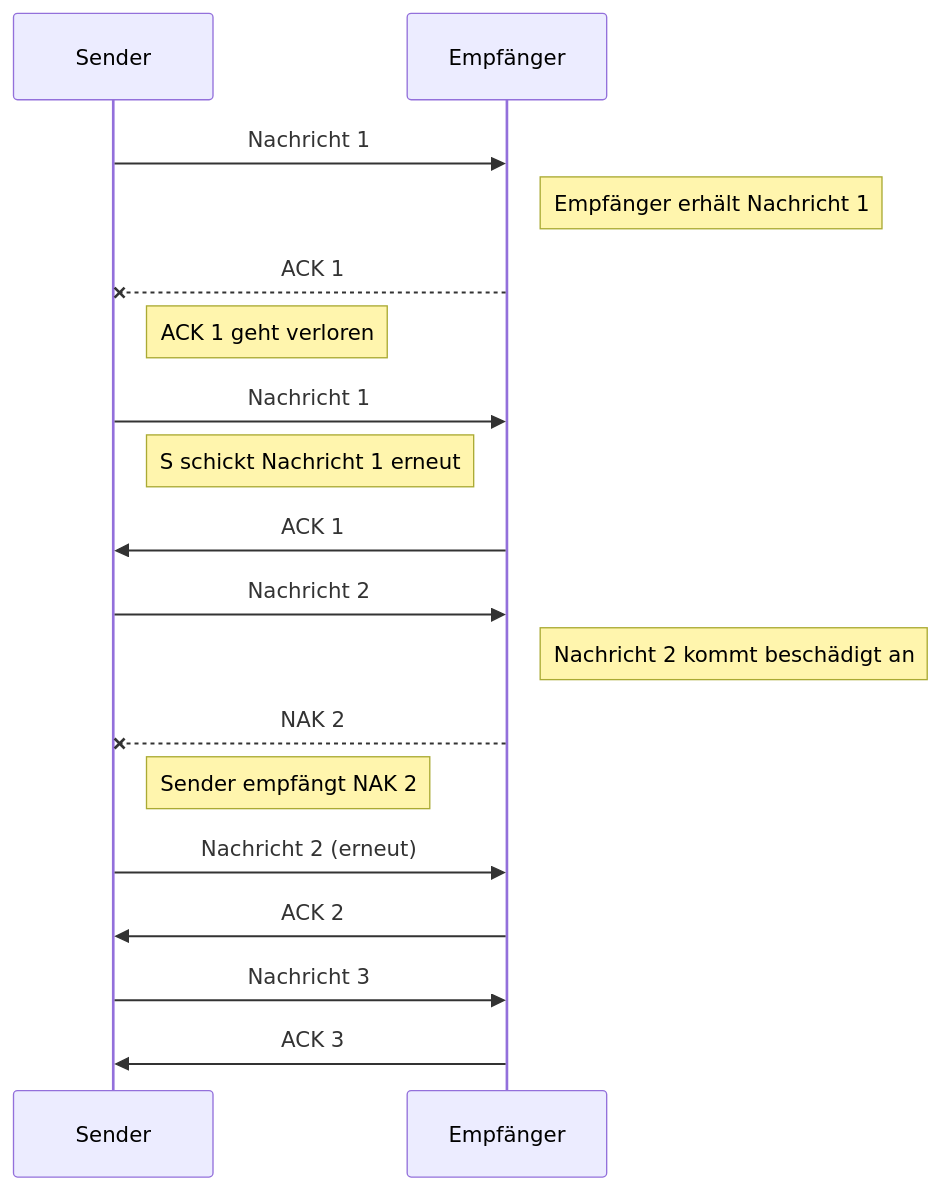
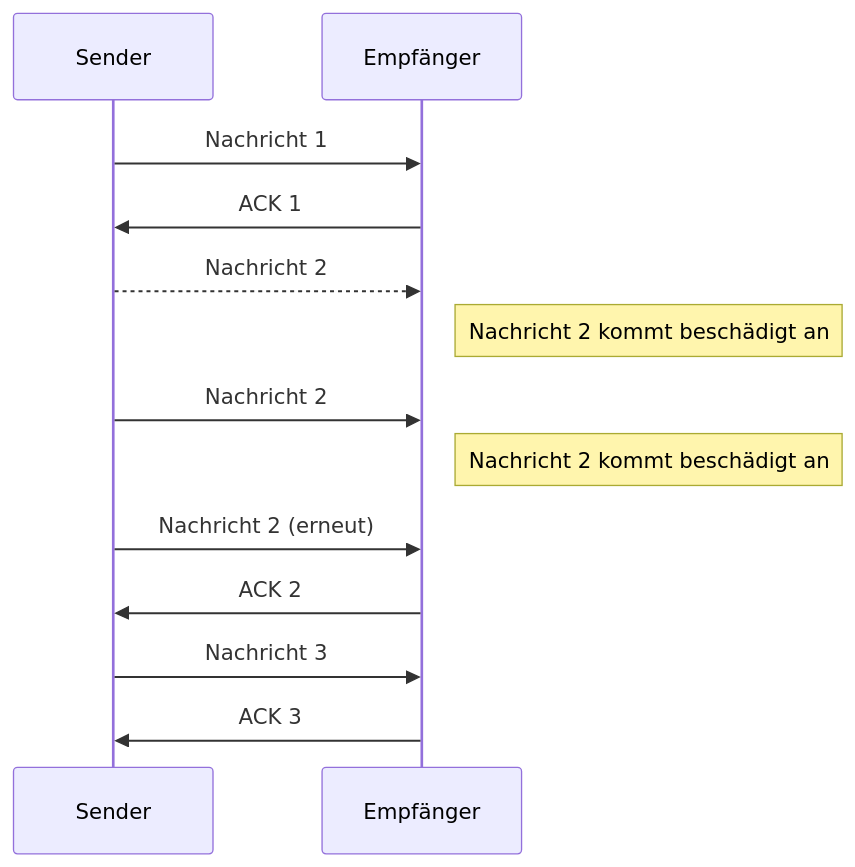
Before and after one commit to noluyorAbi/quartzDeployment: the ninth of 9 diagrams in content/4.Semester/Informatik/RNVS/RNVS-Übungblätter/ÜB 04/RNVS-Blatt-04.md, drawn with Mermaid. The commit also changed other lines of this file, not shown here.

Commit message:
Quartz sync: Jul 24, 2024, 7:10 PM

````diff
--- a/content/4.Semester/Informatik/RNVS/RNVS-Übungblätter/ÜB 04/RNVS-Blatt-04.md
+++ b/content/4.Semester/Informatik/RNVS/RNVS-Übungblätter/ÜB 04/RNVS-Blatt-04.md
@@ -213,23 +227,19 @@
 ```mermaid
-sequenceDiagram
+	sequenceDiagram
     participant S as Sender
     participant E as Empfänger
 
     S ->> E: Nachricht 1
-    note right of E: Empfänger erhält Nachricht 1
-    E --x S: ACK 1
-    note right of S: ACK 1 geht verloren
-    S ->> E: Nachricht 1
-    note right of S: S schickt Nachricht 1 erneut
     E ->> S: ACK 1
 
-    S ->> E: Nachricht 2
+	S -->> E: Nachricht 2
     note right of E: Nachricht 2 kommt beschädigt an
-    E --x S: NAK 2
-    note right of S: Sender empfängt NAK 2
+
+	S ->> E: Nachricht 2
+    note right of E: Nachricht 2 kommt beschädigt an
 
     S ->> E: Nachricht 2 (erneut)
     E ->> S: ACK 2
     S ->> E: Nachricht 3
     E ->> S: ACK 3
 ```
````
